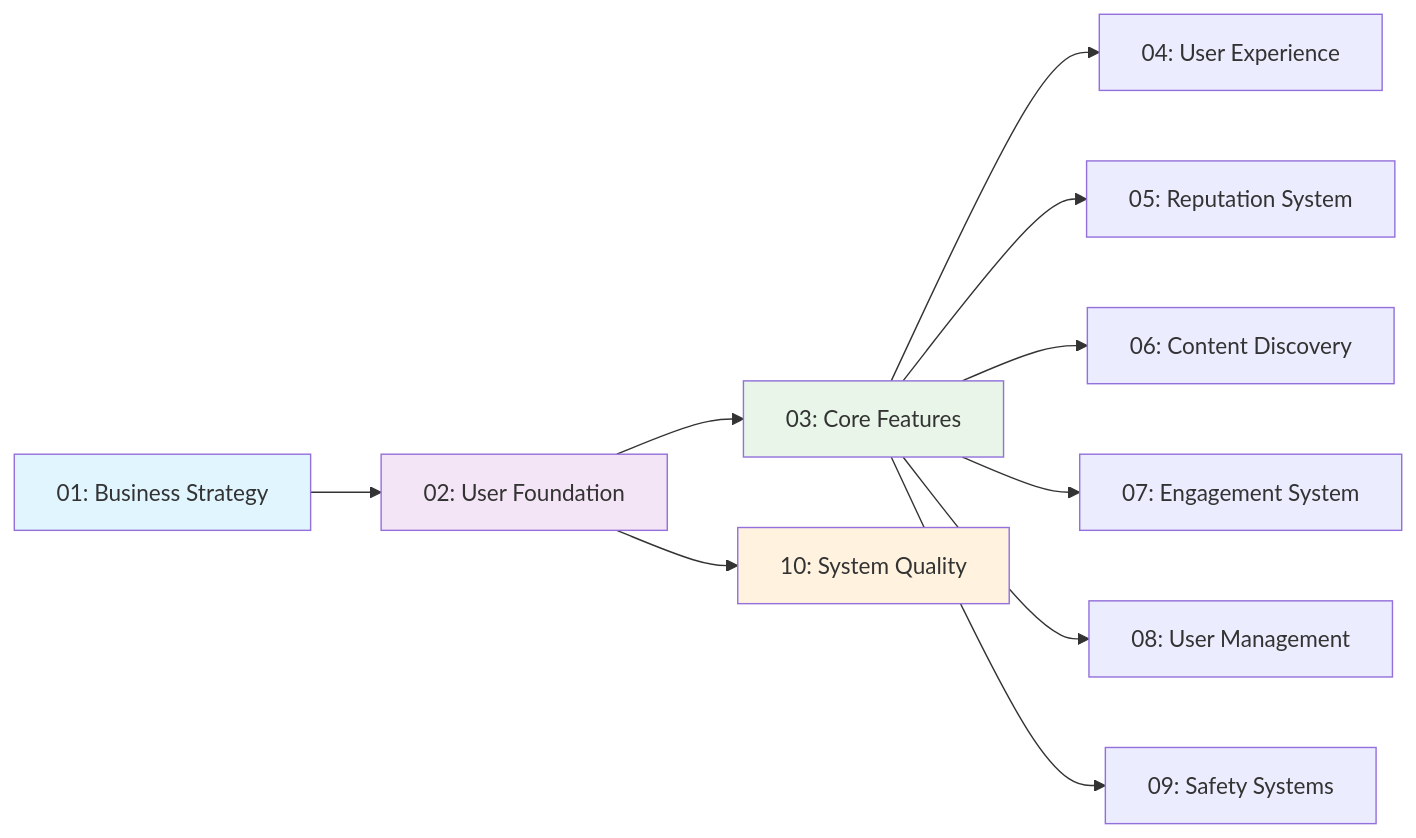
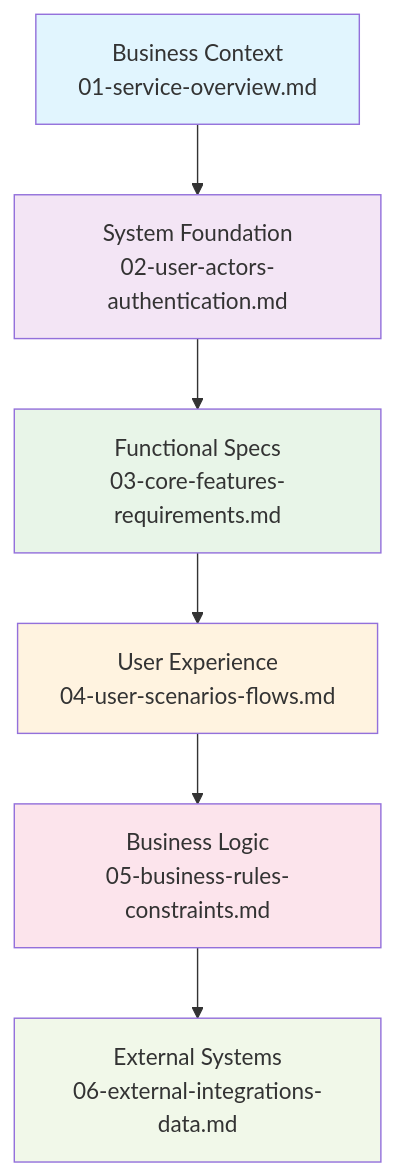
Before and after one commit to wrtnlabs/autobe-examples: the second of 2 diagrams in deepseek/deepseek-v3.1-terminus-exacto/reddit/docs/analysis/00-toc.md, drawn with Mermaid. The commit also changed other lines of this file and 7173 other files, not shown here.

````diff
--- a/deepseek/deepseek-v3.1-terminus-exacto/reddit/docs/analysis/00-toc.md
+++ b/deepseek/deepseek-v3.1-terminus-exacto/reddit/docs/analysis/00-toc.md
@@ -157,17 +107,15 @@
 ```mermaid
-graph LR
-    A["01: Business Strategy"] --> B["02: User Foundation"]
-    B --> C["03: Core Features"]
-    C --> D["04: User Experience"]
-    C --> E["05: Reputation System"]
-    C --> F["06: Content Discovery"]
-    C --> G["07: Engagement System"]
-    C --> H["08: User Management"]
-    C --> I["09: Safety Systems"]
-    B --> J["10: System Quality"]
+graph TD
+    A["Business Context<br/>01-service-overview.md"] --> B["System Foundation<br/>02-user-actors-authentication.md"]
+    B --> C["Functional Specs<br/>03-core-features-requirements.md"]
+    C --> D["User Experience<br/>04-user-scenarios-flows.md"]
+    D --> E["Business Logic<br/>05-business-rules-constraints.md"]
+    E --> F["External Systems<br/>06-external-integrations-data.md"]
     
     style A fill:#e1f5fe
     style B fill:#f3e5f5
     style C fill:#e8f5e8
-    style J fill:#fff3e0
+    style D fill:#fff3e0
+    style E fill:#fce4ec
+    style F fill:#f1f8e9
 ```
````
